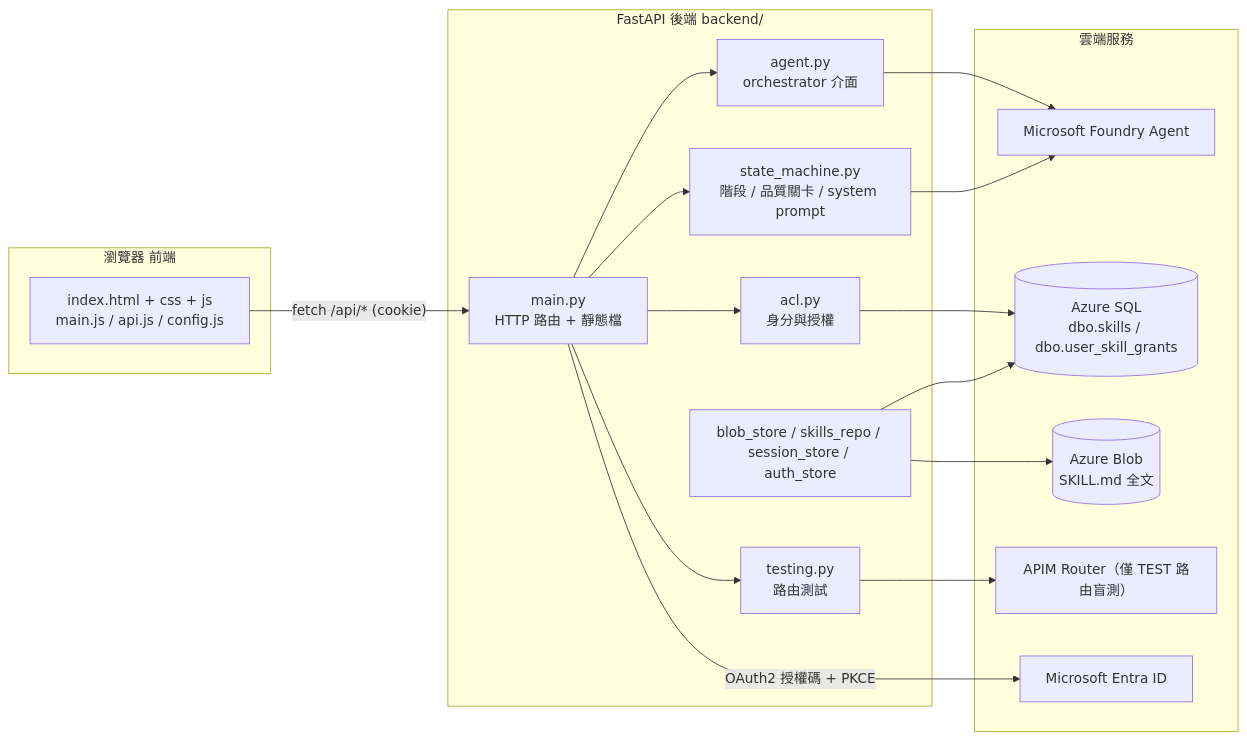
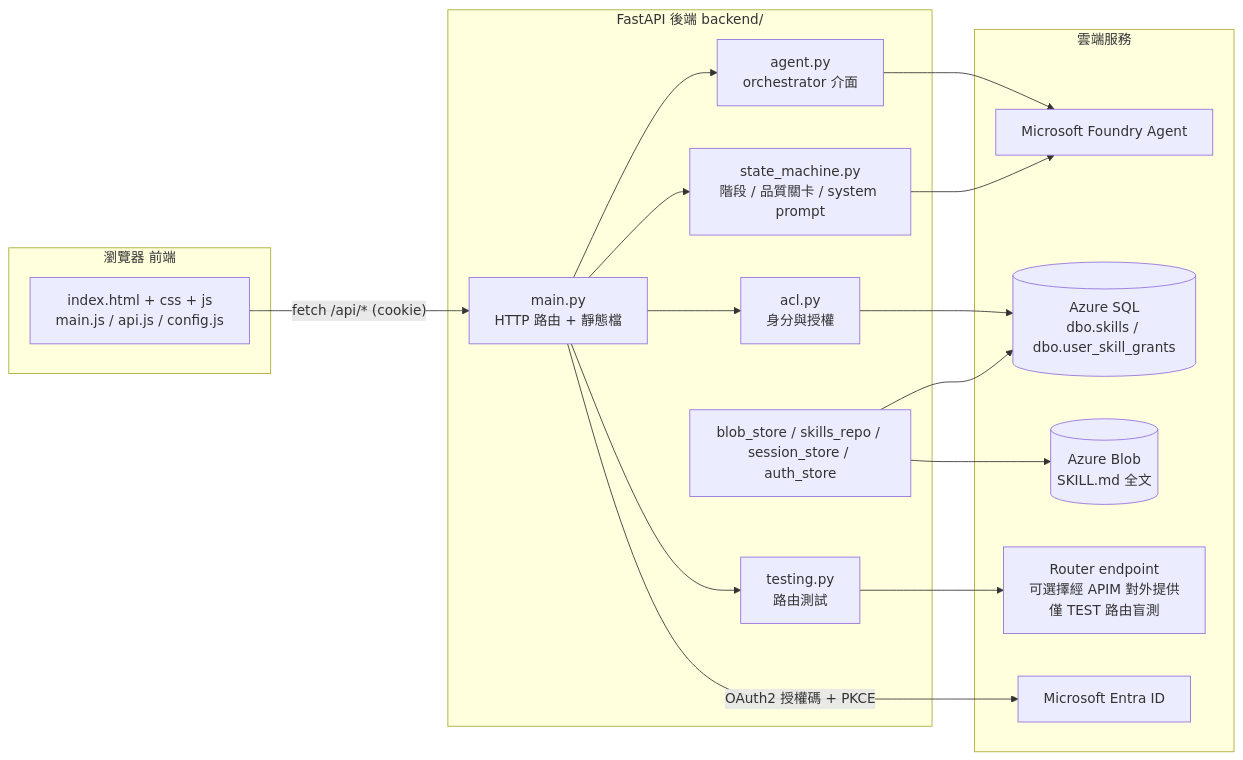
One commit to georgeliang0821/foundry-skill-generator-v3 changed the first of 3 diagrams in docs/03-architecture.md. Above: the diagram before and after it, drawn with Mermaid. The commit also changed other lines of this file, not shown here.

Commit message:
fix: Update architecture documentation to clarify Router endpoint integration

````diff
--- a/docs/03-architecture.md
+++ b/docs/03-architecture.md
@@ -12,32 +12,32 @@
 ```mermaid
 flowchart LR
     subgraph Browser[瀏覽器 前端]
         UI[index.html + css + js<br/>main.js / api.js / config.js]
     end
 
     subgraph Backend[FastAPI 後端 backend/]
         API[main.py<br/>HTTP 路由 + 靜態檔]
         AG[agent.py<br/>orchestrator 介面]
         SM[state_machine.py<br/>階段 / 品質關卡 / system prompt]
         TS[testing.py<br/>路由測試]
         ACL[acl.py<br/>身分與授權]
         STORES[blob_store / skills_repo / session_store / auth_store]
     end
 
     subgraph Cloud[雲端服務]
         FND[Microsoft Foundry Agent]
         SQL[(Azure SQL<br/>dbo.skills / dbo.user_skill_grants)]
         BLOB[(Azure Blob<br/>SKILL.md 全文)]
-        APIM[APIM Router（僅 TEST 路由盲測）]
+        ROUTER[Router endpoint<br/>可選擇經 APIM 對外提供<br/>僅 TEST 路由盲測]
         ENTRA[Microsoft Entra ID]
     end
 
     UI -- fetch /api/* (cookie) --> API
     API --> AG --> FND
     API --> SM --> FND
-    API --> TS --> APIM
+    API --> TS --> ROUTER
     API --> ACL --> SQL
     STORES --> SQL
     STORES --> BLOB
     API -- OAuth2 授權碼 + PKCE --> ENTRA
 ```
````
